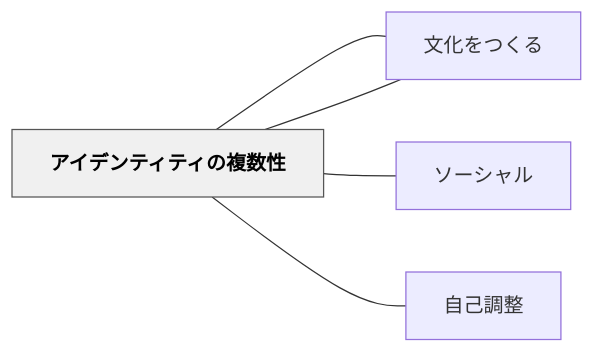
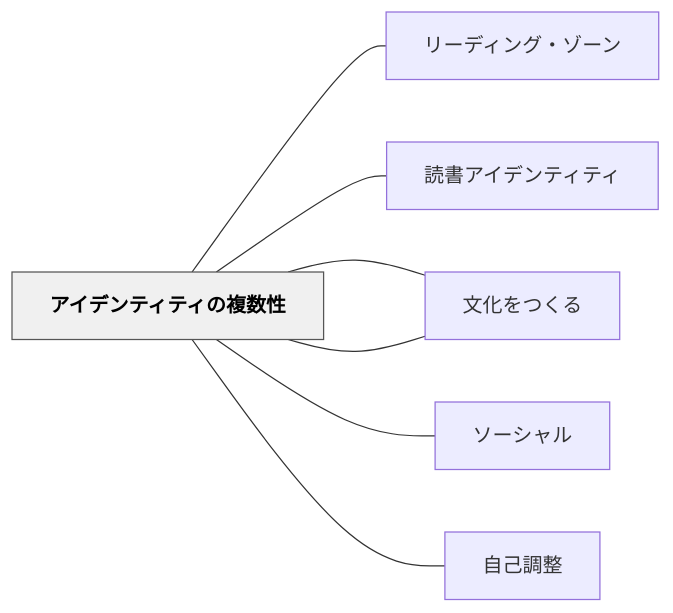
The diagram in content/パタン/アイデンティティの複数性.md (unknownthings-ed-patterns/unknownthings-ed-patterns), drawn with Mermaid before and after one commit. The commit also changed other lines of this file and 473 other files, not shown here.

````diff
--- a/content/パタン/アイデンティティの複数性.md
+++ b/content/パタン/アイデンティティの複数性.md
@@ -51,16 +53,20 @@
 ```mermaid
 flowchart LR
     ne382a2e382a4["アイデンティティの複数性"]
+    ne383aae383bc["リーディング・ゾーン"]
+    ne8aaade69bb8["読書アイデンティティ"]
     ne69687e58c96["文化の人格"]
     ne69687e58c96["文化をつくる"]
     ne382bde383bc["ソーシャル"]
     ne887aae5b7b1["自己調整"]
 
+    ne382a2e382a4 --- ne383aae383bc
+    ne382a2e382a4 --- ne8aaade69bb8
     ne382a2e382a4 --- ne69687e58c96
     ne382a2e382a4 --- ne69687e58c96
     ne382a2e382a4 --- ne382bde383bc
     ne382a2e382a4 --- ne887aae5b7b1
 
     classDef hub fill:#f0f0f0,stroke:#555,color:#000,font-weight:bold
     class ne382a2e382a4 hub
 ```
````
